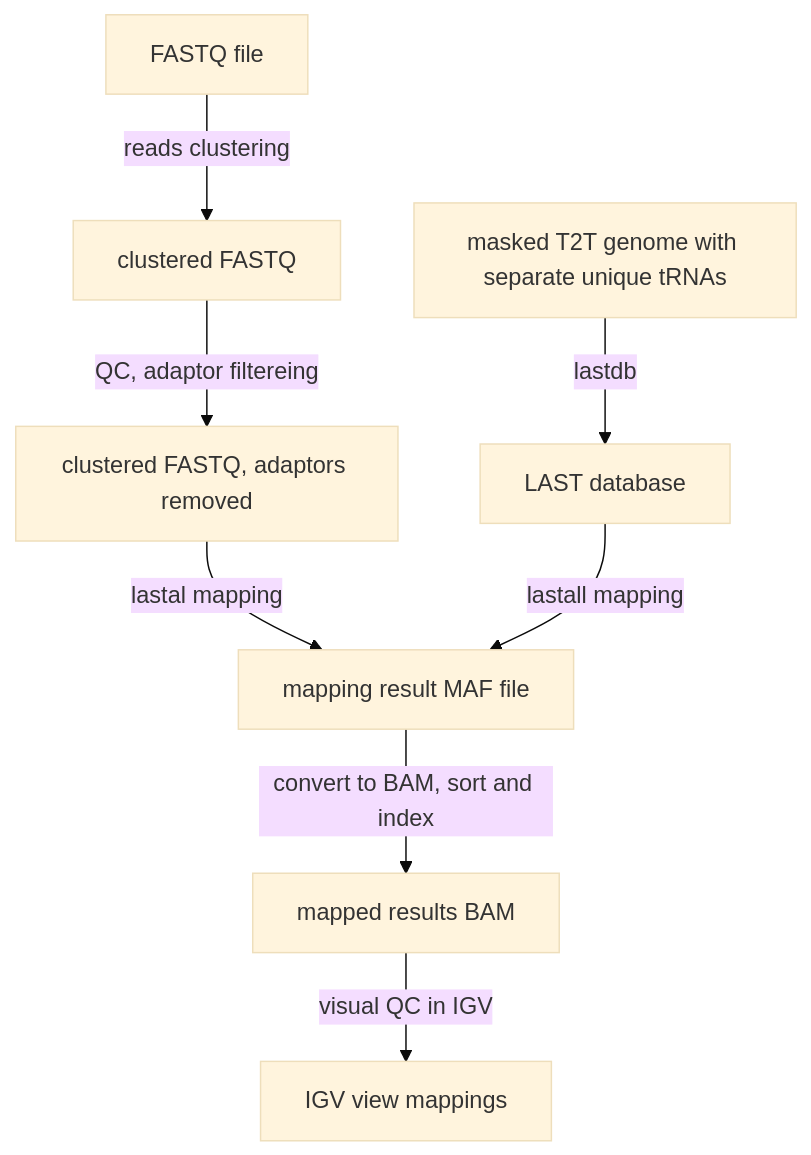
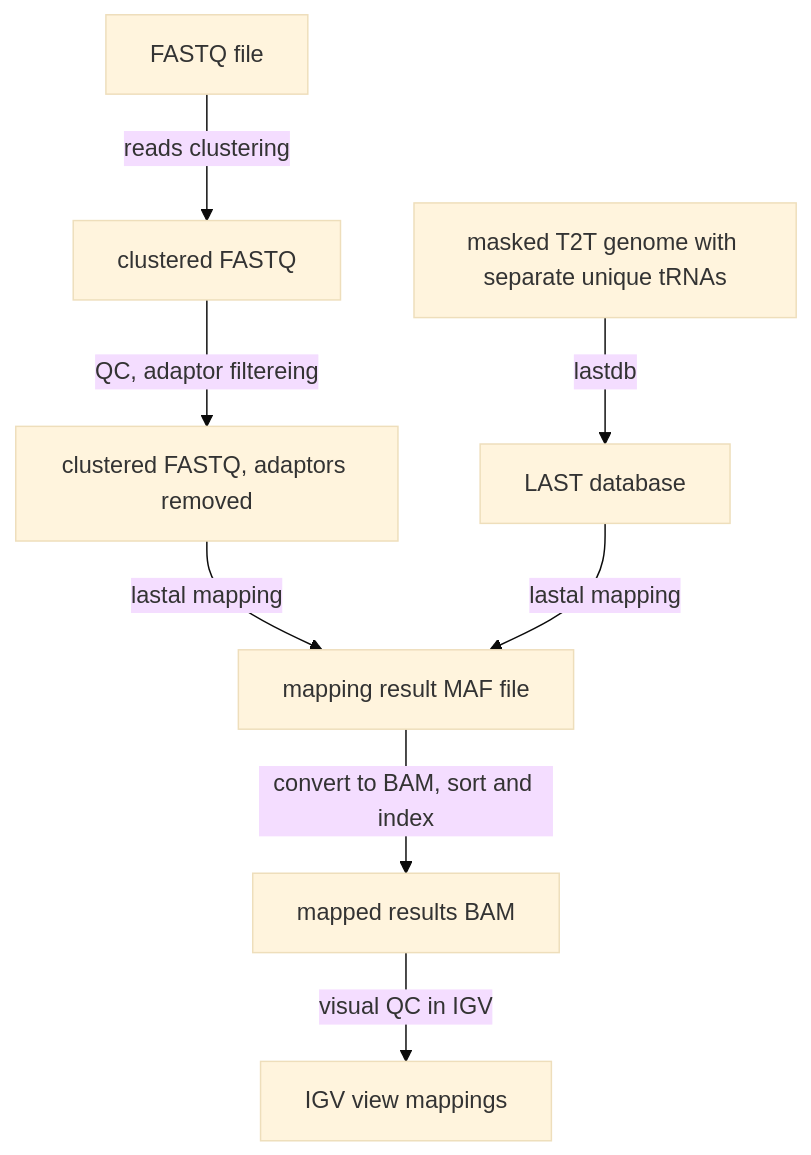
The second of 3 diagrams in doc/workflow_mermaid.md (Cancer-Genomics-TH/tRNA_methyl), drawn with Mermaid (base theme) before and after one commit. The commit also changed other lines of this file, not shown here.

````diff
--- a/doc/workflow_mermaid.md
+++ b/doc/workflow_mermaid.md
@@ -45,10 +45,10 @@
 ```mermaid
 graph TD
     genome_for_mapping[masked T2T genome with separate unique tRNAs]-->|lastdb|last_database[LAST database]
     input_fastq[FASTQ file] --> |reads clustering| clustered_fastq[clustered FASTQ]
     clustered_fastq --> |QC, adaptor filtereing| fastped_fastq[clustered FASTQ, adaptors removed ]
     fastped_fastq -->|lastal mapping|maf_result[mapping result MAF file]
-    last_database -->|lastall mapping|maf_result
+    last_database -->|lastal mapping|maf_result
     maf_result --> |convert to BAM, sort and index| bam_result[mapped results BAM]
     bam_result --> |visual QC in IGV| igv_screen_shots[IGV view mappings]
 ```
````
